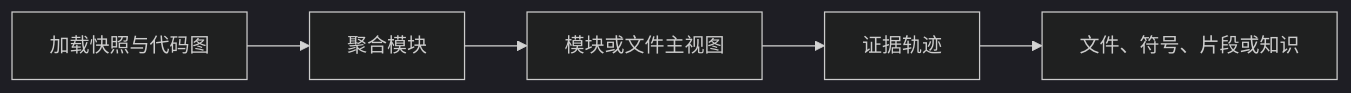
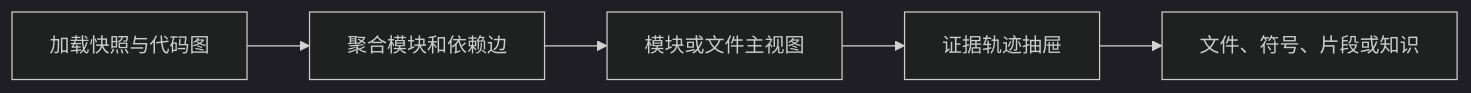
Before and after one commit to lejunyang/omem: the diagram in .repo-review/knowledge/articles/c7d146673237fb15547f8534001912445b4b4ef8cb6c32403bc9d240682a5c76.md, drawn with Mermaid (dark theme). The commit also changed other lines of this file and 97 other files, not shown here.

````diff
--- a/.repo-review/knowledge/articles/c7d146673237fb15547f8534001912445b4b4ef8cb6c32403bc9d240682a5c76.md
+++ b/.repo-review/knowledge/articles/c7d146673237fb15547f8534001912445b4b4ef8cb6c32403bc9d240682a5c76.md
@@ -19,7 +19,7 @@
 ```mermaid
 flowchart LR
-  A[加载快照与代码图] --> B[聚合模块]
+  A[加载快照与代码图] --> B[聚合模块和依赖边]
   B --> C[模块或文件主视图]
-  C --> D[证据轨迹]
+  C --> D[证据轨迹抽屉]
   D --> E[文件、符号、片段或知识]
 ```
````
